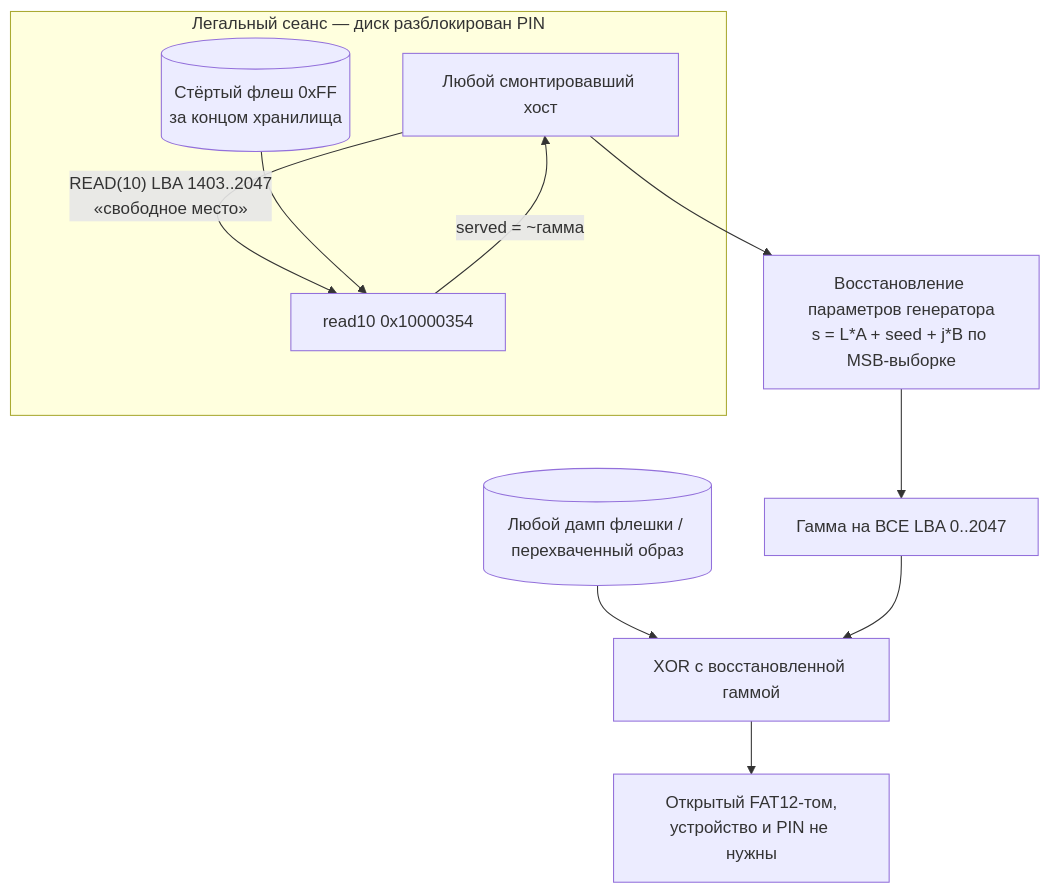
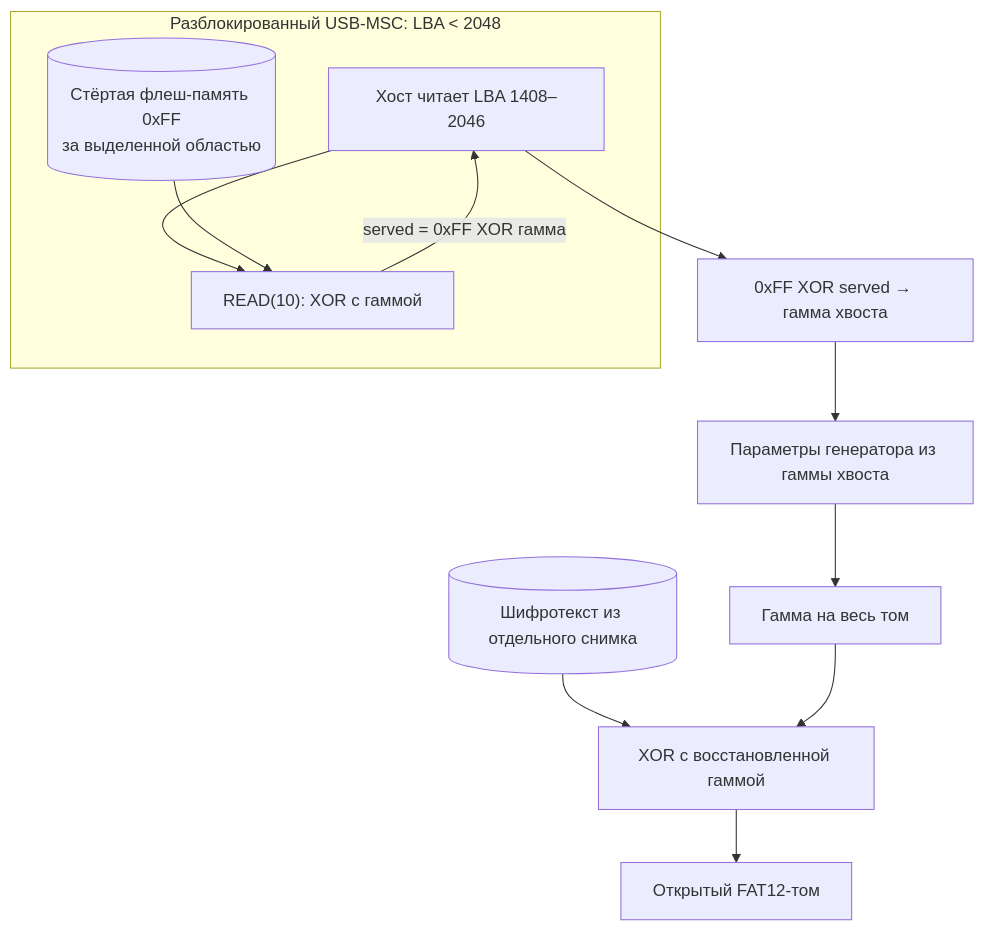
One commit to HarisGOD1/case-12-reverse-engineering-pcb-team-3 changed the diagram in attack5/README.md. Above: the diagram before and after it, drawn with Mermaid. The commit also changed other lines of this file and 21 other files, not shown here.

````diff
--- a/attack5/README.md
+++ b/attack5/README.md
@@ -33,13 +24,14 @@
 ```mermaid
 flowchart TD
-    subgraph legit["Легальный сеанс — диск разблокирован PIN"]
-        host["Любой смонтировавший хост"] -->|"READ(10) LBA 1403..2047<br/>«свободное место»"| r10["read10 0x10000354"]
-        erased[("Стёртый флеш 0xFF<br/>за концом хранилища")] --> r10
-        r10 -->|"served = ~гамма"| host
+    subgraph msc["Разблокированный USB-MSC: LBA < 2048"]
+        host["Хост читает LBA 1408–2046"] --> read["READ(10): XOR с гаммой"]
+        erased[("Стёртая флеш-память 0xFF<br/>за выделенной областью")] --> read
+        read -->|"served = 0xFF XOR гамма"| host
     end
-    host --> rec["Восстановление параметров генератора<br/>s = L*A + seed + j*B по MSB-выборке"]
-    rec --> full["Гамма на ВСЕ LBA 0..2047"]
-    dump[("Любой дамп флешки / перехваченный образ")] --> dec["XOR с восстановленной гаммой"]
-    full --> dec
-    dec --> plain["Открытый FAT12-том,<br/>устройство и PIN не нужны"]
+    host --> recover["0xFF XOR served → гамма хвоста"]
+    recover --> fit["Параметры генератора из гаммы хвоста"]
+    fit --> table["Гамма на весь том"]
+    ciphertext[("Шифротекст из отдельного снимка")] --> decrypt["XOR с восстановленной гаммой"]
+    table --> decrypt
+    decrypt --> fat["Открытый FAT12-том"]
 ```
````
